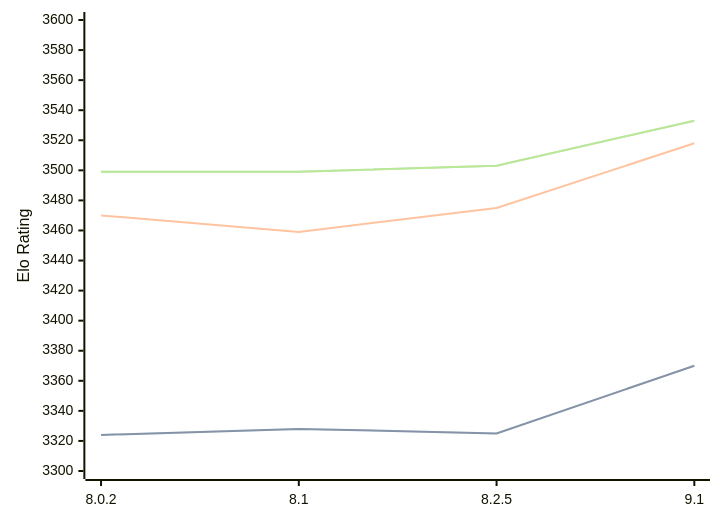
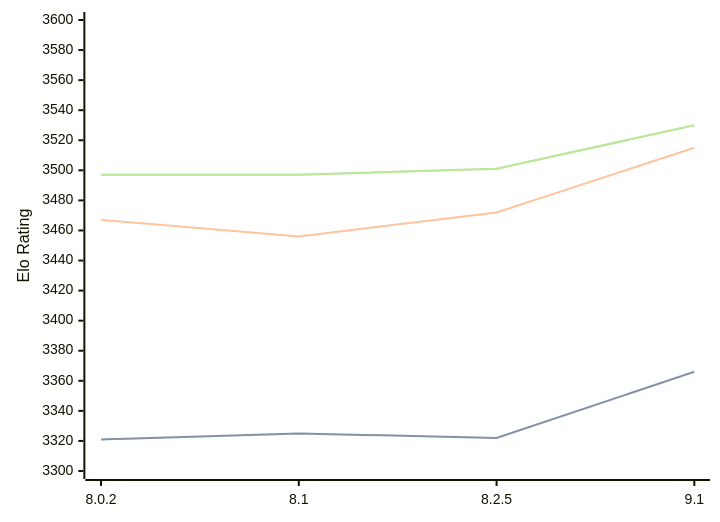
One commit to computer-chess-index/cci changed the diagram in engines/Clover.md. Above: the diagram before and after it, drawn with Mermaid. The commit also changed other lines of this file, not shown here.

Commit message:
Update CCI Ratings (ELO VLTC) - 2026-06-08

````diff
--- a/engines/Clover.md
+++ b/engines/Clover.md
@@ -64,11 +64,11 @@
 ```mermaid
 %%{init: {"theme":"base","themeVariables":{"seriesColors:['#a3a3a3','#222221','#faa371']}}}%%
 xychart-beta
   x-axis ["8.0.2", "8.1", "8.2.5", "9.1"]
   y-axis "Elo Rating" 3300 --> 3600
-  line "STC (8.0+0.08s)" [3324, 3328, 3325, 3370]
-  line "STC (8.0+0.08s)" [3324, 3328, 3325, 3370]
-  line "LTC (60.0+0.60s)" [3470, 3459, 3475, 3518]
-  line "VLTC (2m24s+1.12s)" [3499, 3499, 3503, 3533]
-  line "VLTC (2m24s+1.12s)" [3499, 3499, 3503, 3533]
+  line "STC (8.0+0.08s)" [3321, 3325, 3322, 3366]
+  line "STC (8.0+0.08s)" [3321, 3325, 3322, 3366]
+  line "LTC (60.0+0.60s)" [3467, 3456, 3472, 3515]
+  line "VLTC (2m24s+1.12s)" [3497, 3497, 3501, 3530]
+  line "VLTC (2m24s+1.12s)" [3497, 3497, 3501, 3530]
 ```
````
